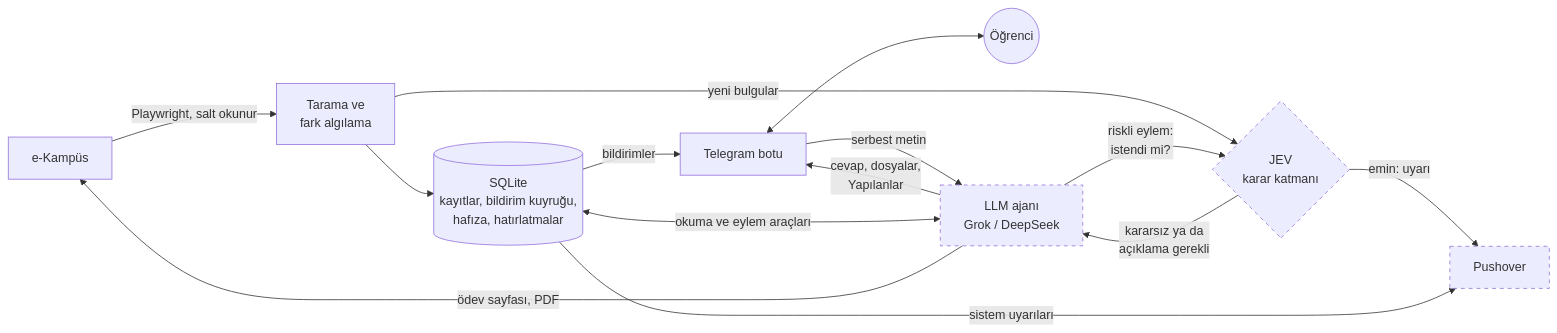
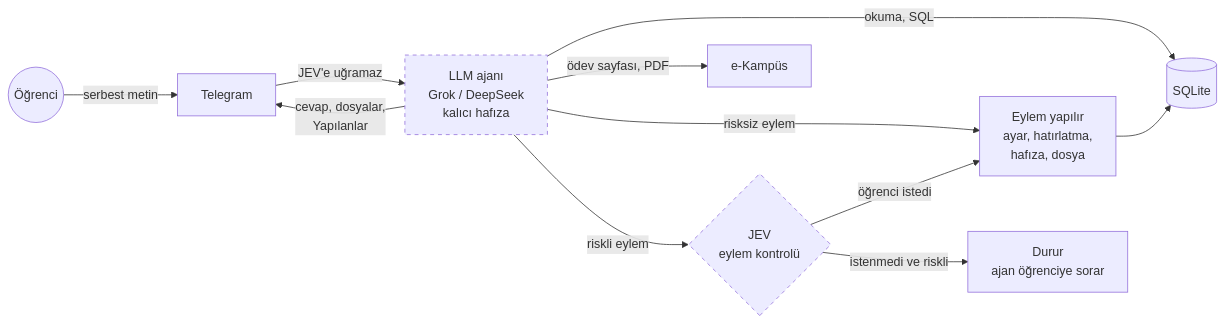
One commit to EmirKurt09/adhd_products changed the second of 2 diagrams in README.md. Above: the diagram before and after it, drawn with Mermaid. The commit also changed other lines of this file, not shown here.

First line of the commit message:
README: mimari şema iki hatta ayrıldı, JEV'in yeri ve iki görevi netleşti

````diff
--- a/README.md
+++ b/README.md
@@ -38,18 +71,16 @@
 ```mermaid
 flowchart LR
-    S[e-Kampüs] -->|Playwright, salt okunur| T[Tarama ve<br/>fark algılama]
-    T --> DB[(SQLite<br/>kayıtlar, bildirim kuyruğu,<br/>hafıza, hatırlatmalar)]
-    DB -->|bildirimler| TG[Telegram botu]
-    TG <--> U((Öğrenci))
-    T -->|yeni bulgular| J{JEV<br/>karar katmanı}
-    J -->|emin: uyarı| PO[Pushover]
-    J -->|kararsız ya da<br/>açıklama gerekli| A
-    TG -->|serbest metin| A[LLM ajanı<br/>Grok / DeepSeek]
+    U((Öğrenci)) -->|serbest metin| TG[Telegram]
+    TG -->|JEV'e uğramaz| A["LLM ajanı<br/>Grok / DeepSeek<br/>kalıcı hafıza"]
+    A -->|okuma, SQL| DB[(SQLite)]
+    A -->|ödev sayfası, PDF| S[e-Kampüs]
+    A -->|risksiz eylem| DO["Eylem yapılır<br/>ayar, hatırlatma,<br/>hafıza, dosya"]
+    A -->|riskli eylem| JA{"JEV<br/>eylem kontrolü"}
+    JA -->|öğrenci istedi| DO
+    JA -->|istenmedi ve riskli| ST["Durur<br/>ajan öğrenciye sorar"]
+    DO --> DB
     A -->|cevap, dosyalar,<br/>Yapılanlar| TG
-    A <-->|okuma ve eylem araçları| DB
-    A -->|riskli eylem:<br/>istendi mi?| J
-    A -->|ödev sayfası, PDF| S
-    DB -->|sistem uyarıları| PO
+
     classDef optional stroke-dasharray: 5 5
-    class J,A,PO optional
+    class A,JA optional
 ```
````
